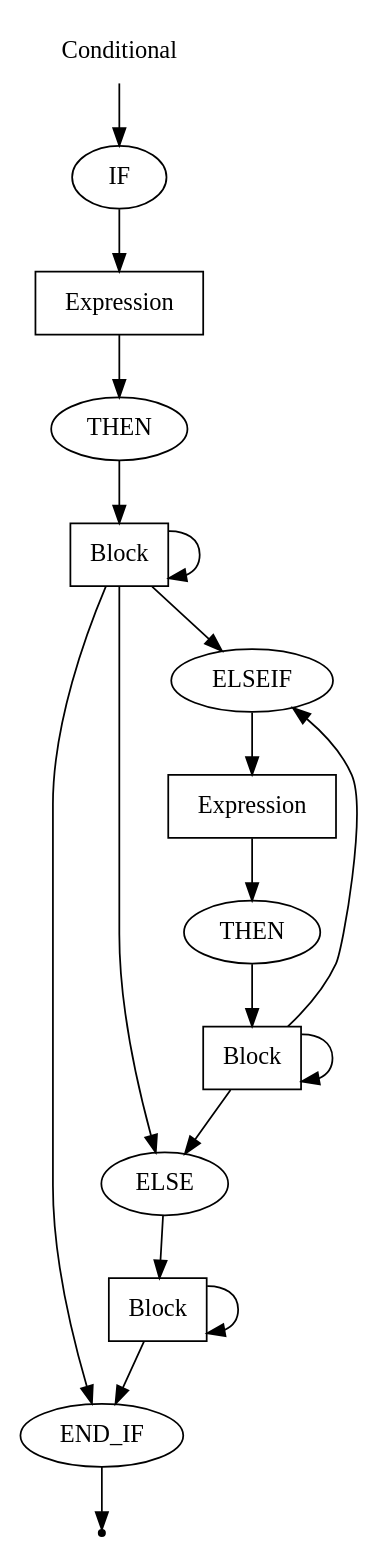
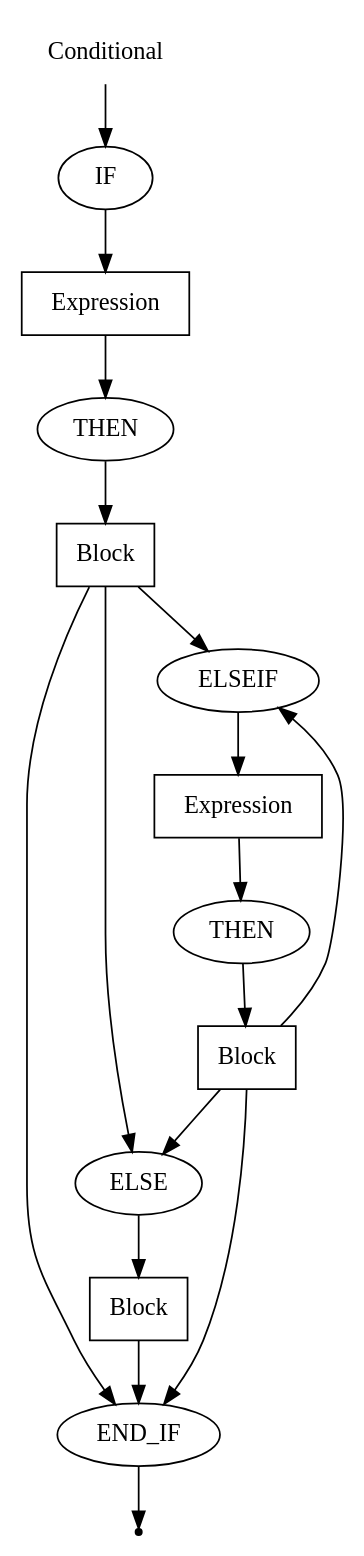
The diagram in DSLTools/examples/PSECO_NEW/wirth/Conditional.gv (EgorGoluzin/DSL), drawn with Graphviz before and after one commit. The commit also changed 6 other files, not shown here.

```diff
--- a/DSLTools/examples/PSECO_NEW/wirth/Conditional.gv
+++ b/DSLTools/examples/PSECO_NEW/wirth/Conditional.gv
@@ -1,33 +1,31 @@
 digraph Conditional {
   start [label="Conditional" shape=plaintext];
   A [label="IF" shape=oval];
   B [label="Expression" shape=box];
   C [label="THEN" shape=oval];
   D [label="Block" shape=box];
   F [label="END_IF" shape=oval];
   G [label="ELSE" shape=oval];
   H [label="Block" shape=box];
   I [label="ELSEIF" shape=oval];
   J [label="Expression" shape=box];
   K [label="THEN" shape=oval];
   L [label="Block" shape=box];
   end [label="" shape=point];
   start -> A;
   A -> B;
   B -> C;
   C -> D;
   D -> I;
   D -> G;
   D -> F;
-  D -> D;
   G -> H;
   H -> F;
-  H -> H;
   I -> J;
   J -> K;
   K -> L;
   L -> I;
   L -> G;
-  L -> L;
+  L -> F;
   F -> end;
 }
```
